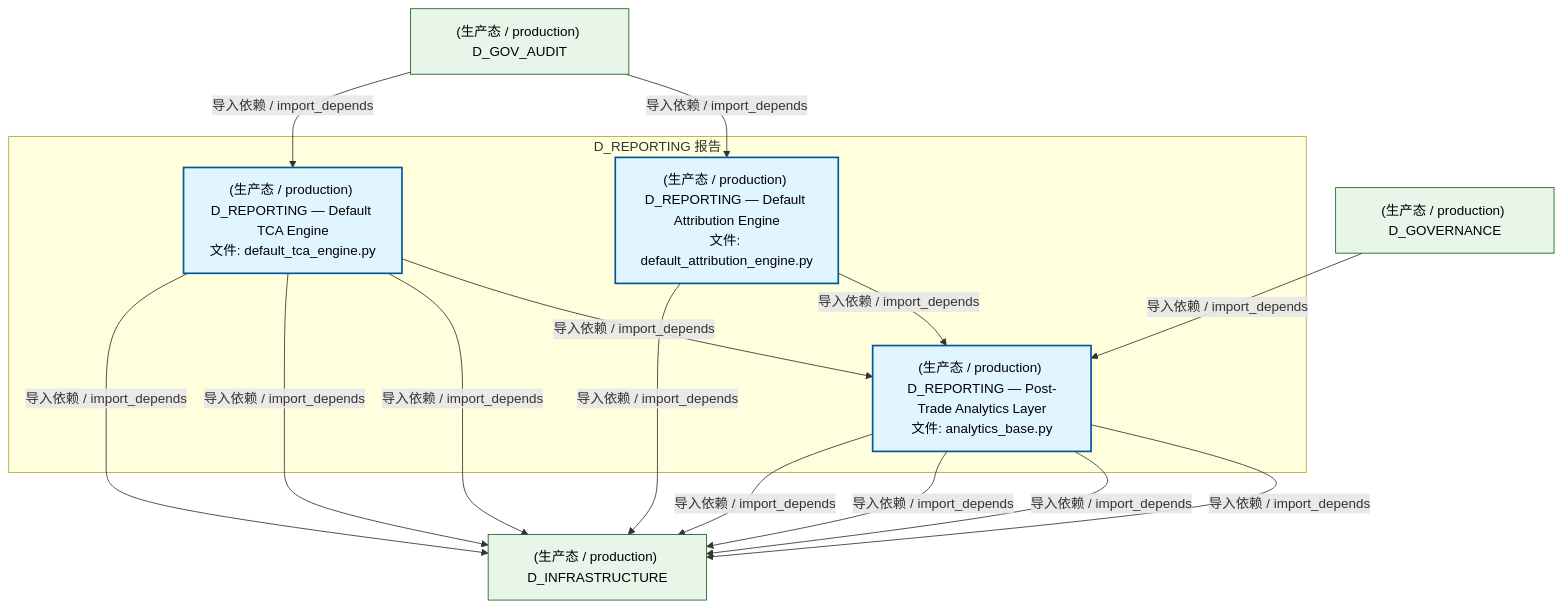
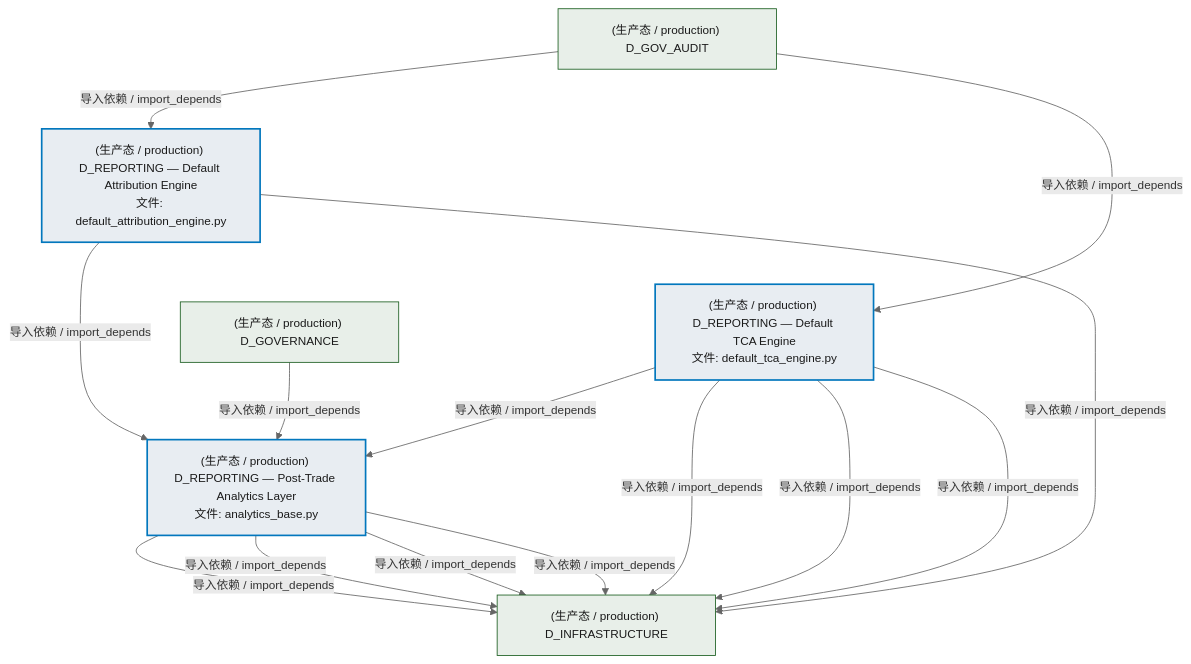
One commit to xuanFelixVan/ZephyrAlpha changed the second of 3 diagrams in docs/02_enterprise_architecture/02_domain_architecture_docs/26_d_reporting.md. Above: the diagram before and after it, drawn with Mermaid. The commit also changed other lines of this file and 76 other files, not shown here.

````diff
--- a/docs/02_enterprise_architecture/02_domain_architecture_docs/26_d_reporting.md
+++ b/docs/02_enterprise_architecture/02_domain_architecture_docs/26_d_reporting.md
@@ -98,30 +98,30 @@
 ```mermaid
-graph TD
-    subgraph D_REPORTING["D_REPORTING 报告"]
-        src_zephyr_reporting_analytics_base_py["(生产态 / production) D_REPORTING — Post-Trade Analytics Layer<br/>文件: analytics_base.py"]
-        src_zephyr_reporting_default_attribution_engine_py["(生产态 / production) D_REPORTING — Default Attribution Engine<br/>文件: default_attribution_engine.py"]
-        src_zephyr_reporting_default_tca_engine_py["(生产态 / production) D_REPORTING — Default TCA Engine<br/>文件: default_tca_engine.py"]
-    end
+%%{init: {'theme': 'base', 'themeVariables': {'primaryColor': '#eaeaea', 'primaryTextColor': '#333333', 'primaryBorderColor': '#666666', 'lineColor': '#666666', 'secondaryColor': '#eaeaea', 'tertiaryColor': '#eaeaea', 'fontSize': '14px'}}}%%
+flowchart TD
+    src_zephyr_reporting_default_attribution_engine_py["(生产态 / production) D_REPORTING — Default Attribution Engine<br/>文件: default_attribution_engine.py"]
+    src_zephyr_reporting_default_tca_engine_py["(生产态 / production) D_REPORTING — Default TCA Engine<br/>文件: default_tca_engine.py"]
+    src_zephyr_reporting_default_attribution_engine_py ~~~ src_zephyr_reporting_default_tca_engine_py
+    src_zephyr_reporting_analytics_base_py["(生产态 / production) D_REPORTING — Post-Trade Analytics Layer<br/>文件: analytics_base.py"]
     src_zephyr_reporting_default_attribution_engine_py -->|导入依赖 / import_depends| src_zephyr_reporting_analytics_base_py
     src_zephyr_reporting_default_tca_engine_py -->|导入依赖 / import_depends| src_zephyr_reporting_analytics_base_py
     D_INFRASTRUCTURE["(生产态 / production) D_INFRASTRUCTURE"]
     src_zephyr_reporting_default_tca_engine_py -->|导入依赖 / import_depends| D_INFRASTRUCTURE
     src_zephyr_reporting_analytics_base_py -->|导入依赖 / import_depends| D_INFRASTRUCTURE
     src_zephyr_reporting_default_tca_engine_py -->|导入依赖 / import_depends| D_INFRASTRUCTURE
     src_zephyr_reporting_analytics_base_py -->|导入依赖 / import_depends| D_INFRASTRUCTURE
     src_zephyr_reporting_analytics_base_py -->|导入依赖 / import_depends| D_INFRASTRUCTURE
     src_zephyr_reporting_analytics_base_py -->|导入依赖 / import_depends| D_INFRASTRUCTURE
     src_zephyr_reporting_default_attribution_engine_py -->|导入依赖 / import_depends| D_INFRASTRUCTURE
     src_zephyr_reporting_default_tca_engine_py -->|导入依赖 / import_depends| D_INFRASTRUCTURE
+    D_GOV_AUDIT["(生产态 / production) D_GOV_AUDIT"]
+    D_GOV_AUDIT -->|导入依赖 / import_depends| src_zephyr_reporting_default_attribution_engine_py
     D_GOVERNANCE["(生产态 / production) D_GOVERNANCE"]
     D_GOVERNANCE -->|导入依赖 / import_depends| src_zephyr_reporting_analytics_base_py
-    D_GOV_AUDIT["(生产态 / production) D_GOV_AUDIT"]
-    D_GOV_AUDIT -->|导入依赖 / import_depends| src_zephyr_reporting_default_attribution_engine_py
     D_GOV_AUDIT -->|导入依赖 / import_depends| src_zephyr_reporting_default_tca_engine_py
-    classDef production fill:#e1f5fe,stroke:#01579b,stroke-width:2px,color:#000
-    classDef design fill:#fff3e0,stroke:#e65100,stroke-width:2px,color:#000,stroke-dasharray: 5 5
-    classDef external_prod fill:#e8f5e9,stroke:#1b5e20,stroke-width:1px,color:#000
-    classDef external_design fill:#fce4ec,stroke:#880e4f,stroke-width:1px,color:#000,stroke-dasharray: 5 5
+    classDef production fill:#e8edf2,stroke:#0277bd,stroke-width:2px,color:#1a1a1a
+    classDef design fill:#f0ebe3,stroke:#bf360c,stroke-width:2px,color:#1a1a1a,stroke-dasharray: 5 5
+    classDef external_prod fill:#e8efe9,stroke:#1b5e20,stroke-width:1px,color:#1a1a1a
+    classDef external_design fill:#efe5ea,stroke:#880e4f,stroke-width:1px,color:#1a1a1a,stroke-dasharray: 5 5
     class src_zephyr_reporting_analytics_base_py,src_zephyr_reporting_default_attribution_engine_py,src_zephyr_reporting_default_tca_engine_py production
-    class D_INFRASTRUCTURE,D_GOVERNANCE,D_GOV_AUDIT external_prod
+    class D_INFRASTRUCTURE,D_GOV_AUDIT,D_GOVERNANCE external_prod
 ```
````
